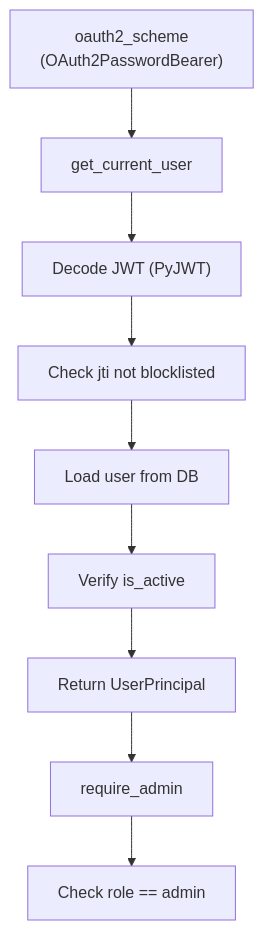
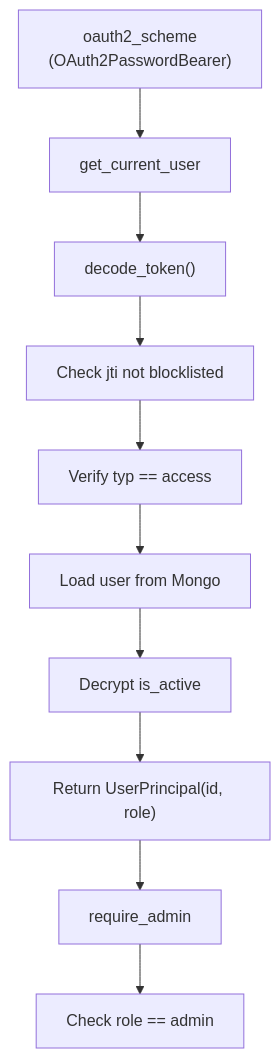
The third of 6 diagrams in docs/auth.md (AmeDal/itr-filing-app), drawn with Mermaid before and after one commit. The commit also changed other lines of this file and 19 other files, not shown here.

First line of the commit message:
docs: sync AI context with current app architecture

````diff
--- a/docs/auth.md
+++ b/docs/auth.md
@@ -139,11 +142,12 @@
 ```mermaid
 graph TD
     A["oauth2_scheme<br/>(OAuth2PasswordBearer)"] --> B["get_current_user"]
-    B --> C["Decode JWT (PyJWT)"]
+    B --> C["decode_token()"]
     C --> D["Check jti not blocklisted"]
-    D --> E["Load user from DB"]
-    E --> F["Verify is_active"]
-    F --> G["Return UserPrincipal"]
-    G --> H["require_admin"]
-    H --> I["Check role == admin"]
+    D --> E["Verify typ == access"]
+    E --> F["Load user from Mongo"]
+    F --> G["Decrypt is_active"]
+    G --> H["Return UserPrincipal(id, role)"]
+    H --> I["require_admin"]
+    I --> J["Check role == admin"]
 ```
````
